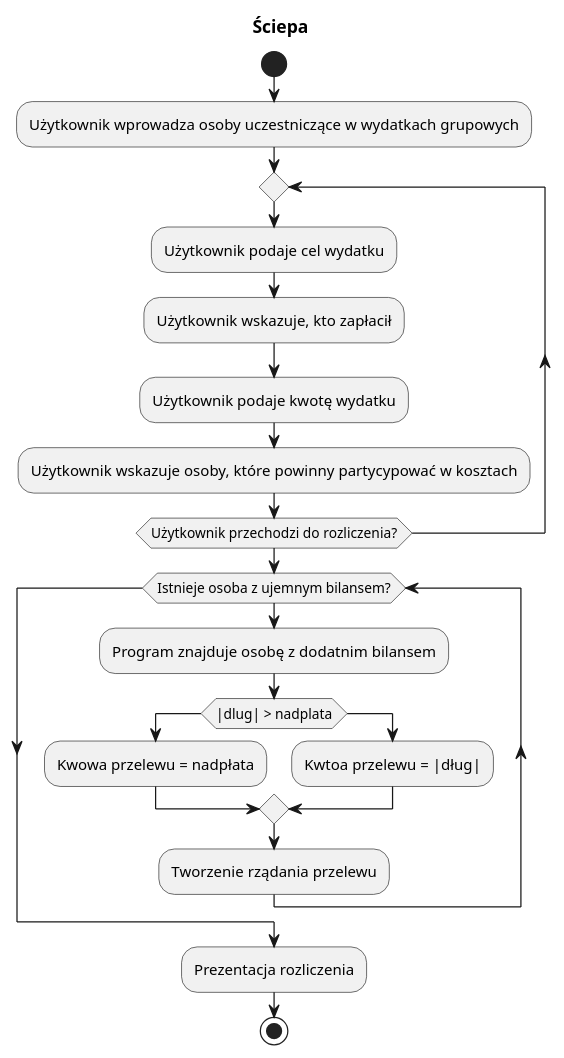
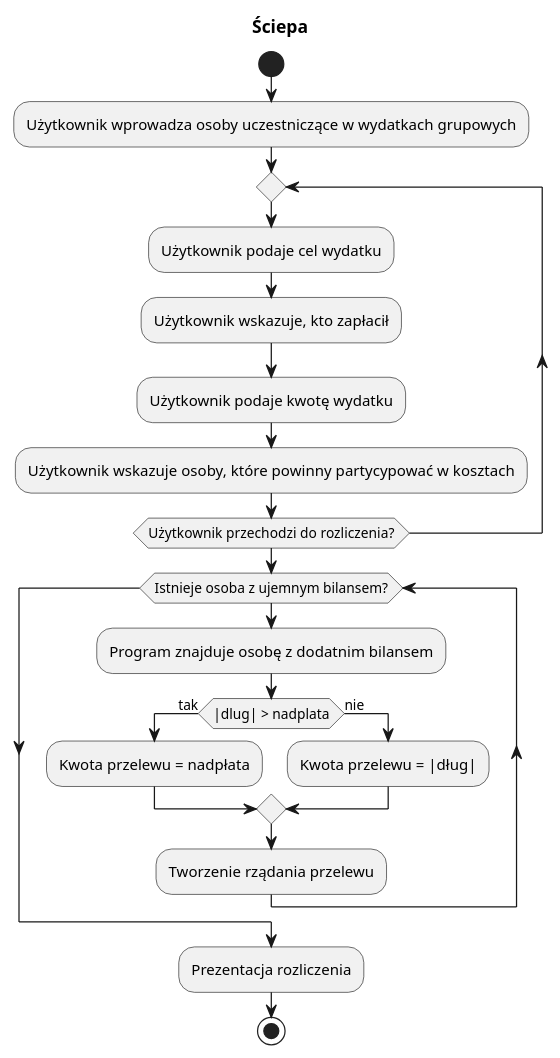
The diagram in docs/diagramCzynnosci.puml (lukaszsz1991/SciAppka), drawn with PlantUML before and after one commit.

Commit message:
poprawiony diagram czynności

```diff
--- a/docs/diagramCzynnosci.puml
+++ b/docs/diagramCzynnosci.puml
@@ -1,22 +1,22 @@
 @startuml
 Title Ściepa
 start
 :Użytkownik wprowadza osoby uczestniczące w wydatkach grupowych;
 repeat
     :Użytkownik podaje cel wydatku;
     :Użytkownik wskazuje, kto zapłacił;
     :Użytkownik podaje kwotę wydatku;
     :Użytkownik wskazuje osoby, które powinny partycypować w kosztach;
 repeat while (Użytkownik przechodzi do rozliczenia?)
 while (Istnieje osoba z ujemnym bilansem?)
     :Program znajduje osobę z dodatnim bilansem;
-    if (|dlug| > nadplata)
-        :Kwowa przelewu = nadpłata;
-    else
-        :Kwtoa przelewu = |dług|;
+    if (|dlug| > nadplata) then (tak)
+        :Kwota przelewu = nadpłata;
+    else (nie)
+        :Kwota przelewu = |dług|;
     endif
     :Tworzenie rządania przelewu;
 endwhile
 :Prezentacja rozliczenia;
 stop
 @enduml
```
